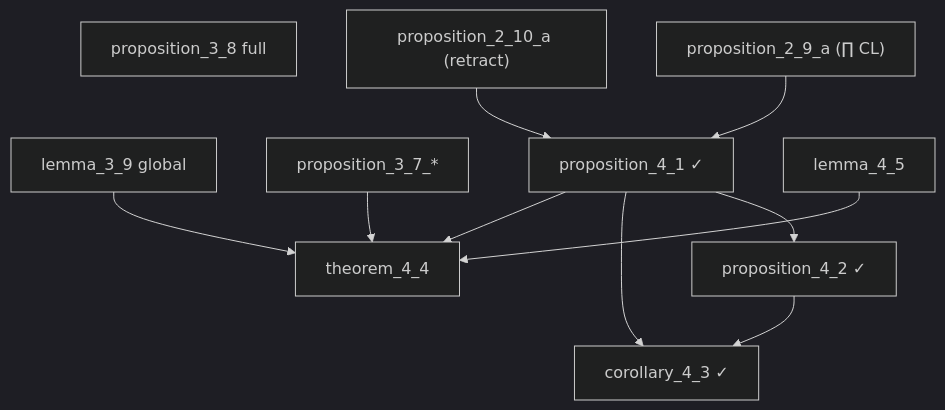
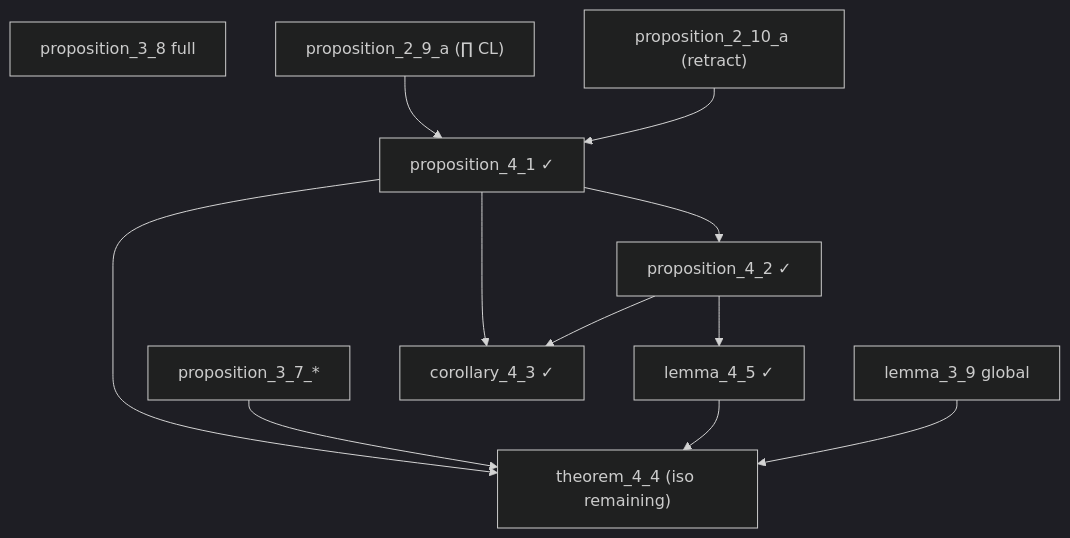
Before and after one commit to catskillsresearch/domain_theory: the sixth of 8 diagrams in arxiv.md, drawn with Mermaid (dark theme). The commit also changed other lines of this file and 4 other files, not shown here.

````diff
--- a/arxiv.md
+++ b/arxiv.md
@@ -386,23 +386,24 @@
 ```mermaid
 flowchart TD
   P38["proposition_3_8 full"]
   L39["lemma_3_9 global"]
   P37["proposition_3_7_*"]
   P29a["proposition_2_9_a (∏ CL)"]
   P210a["proposition_2_10_a (retract)"]
   P41["proposition_4_1 ✓"]
   P42["proposition_4_2 ✓"]
   C43["corollary_4_3 ✓"]
-  L45["lemma_4_5"]
-  T44["theorem_4_4"]
+  L45["lemma_4_5 ✓"]
+  T44["theorem_4_4 (iso remaining)"]
 
   P29a --> P41
   P210a --> P41
   P41 --> P42
   P41 --> C43
   P42 --> C43
+  P42 --> L45
   P41 --> T44
   P37 --> T44
   L45 --> T44
   L39 --> T44
 ```
````
